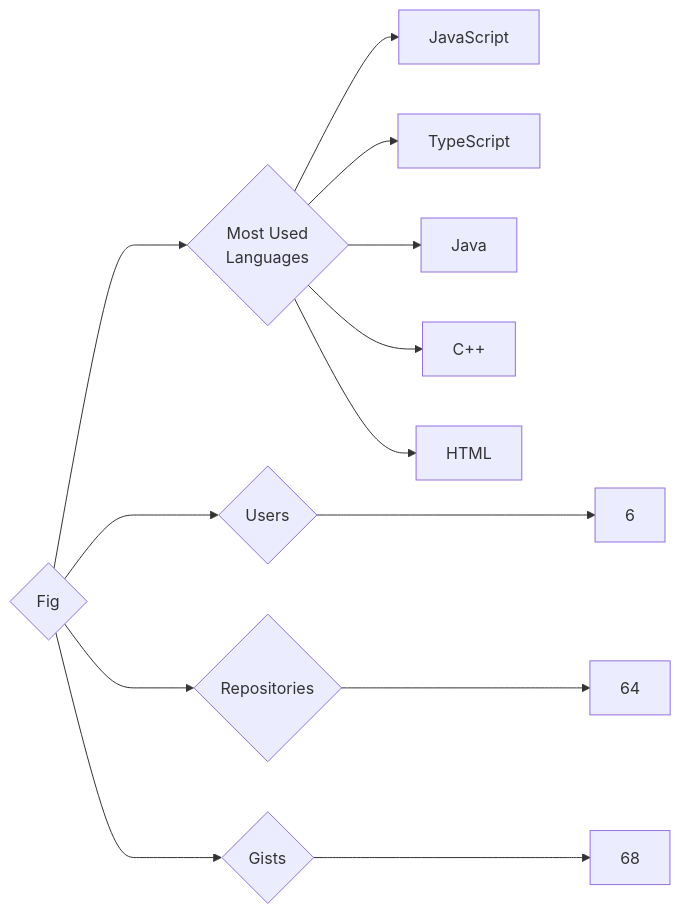
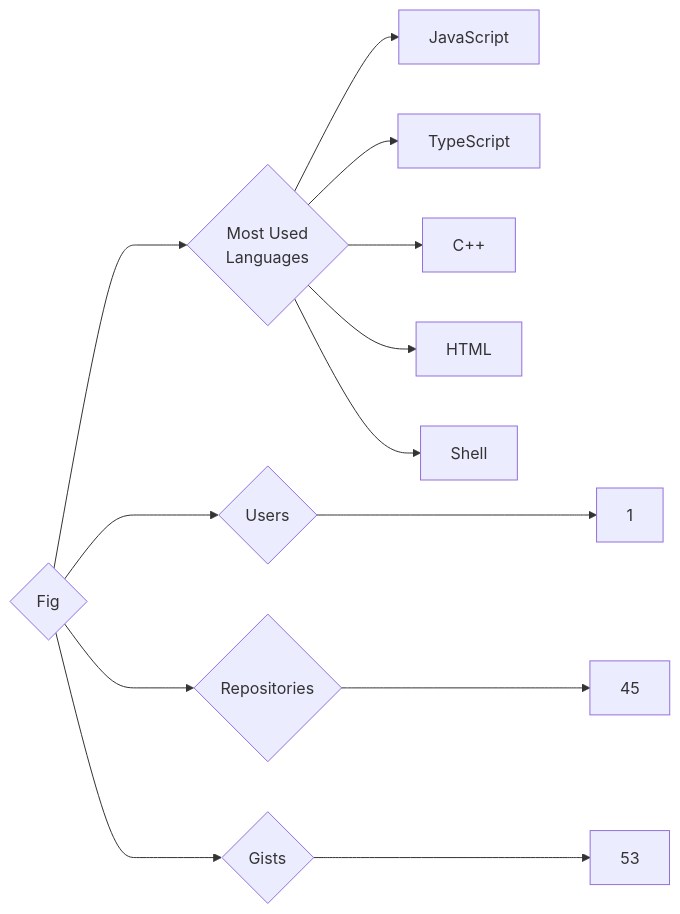
One commit to trickest/insiders changed the diagram in targets/Fig/README.md. Above: the diagram before and after it, drawn with Mermaid. The commit also changed 894 other files, not shown here.

````diff
--- a/targets/Fig/README.md
+++ b/targets/Fig/README.md
@@ -3,13 +3,13 @@
 ```mermaid
 graph LR
 COMPANY_NAME{Fig}
-COMPANY_NAME ---> U{Users} ---> UN[6]
-COMPANY_NAME ---> R{Repositories} ---> RN[64]
-COMPANY_NAME ---> G{Gists} ---> GN[68]
+COMPANY_NAME ---> U{Users} ---> UN[1]
+COMPANY_NAME ---> R{Repositories} ---> RN[45]
+COMPANY_NAME ---> G{Gists} ---> GN[53]
 COMPANY_NAME ---> ML{Most Used<br>Languages}
 ML --> JavaScript[JavaScript]
 ML --> TypeScript[TypeScript]
-ML --> Java[Java]
 ML --> C++[C++]
 ML --> HTML[HTML]
+ML --> Shell[Shell]
 ```
````
